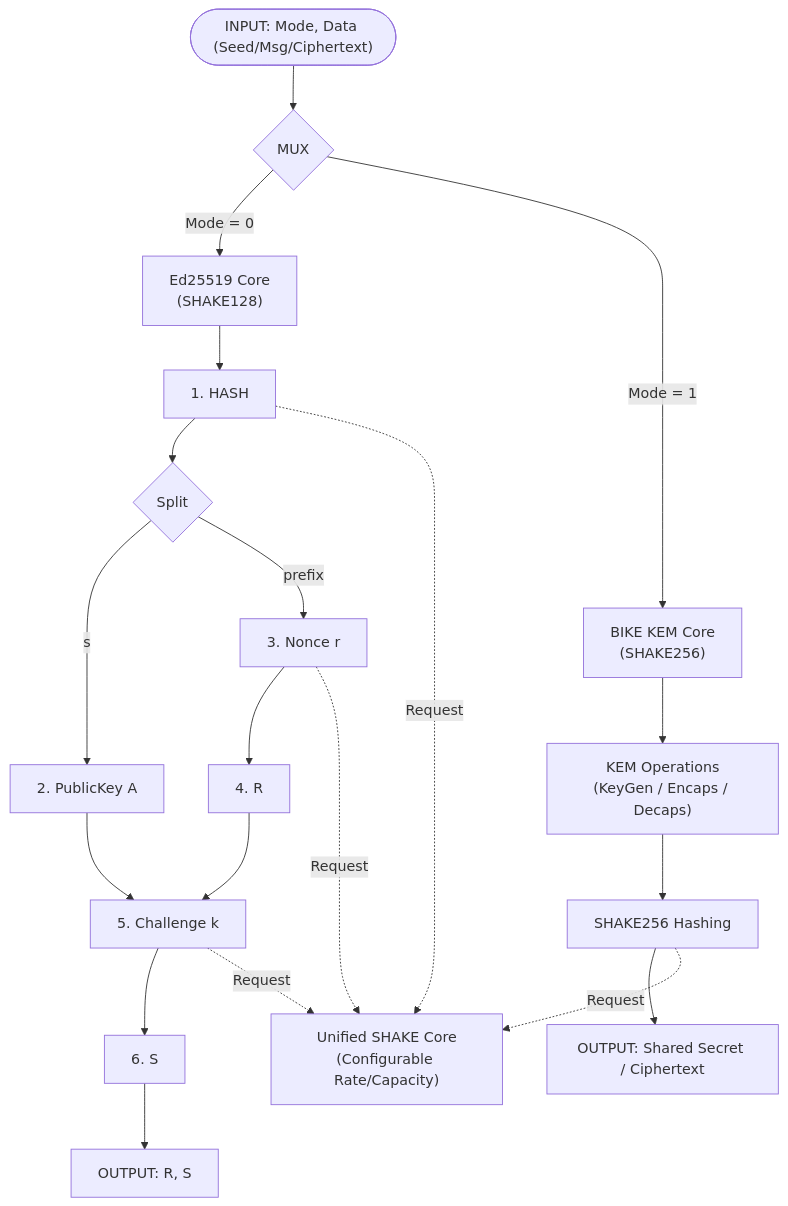
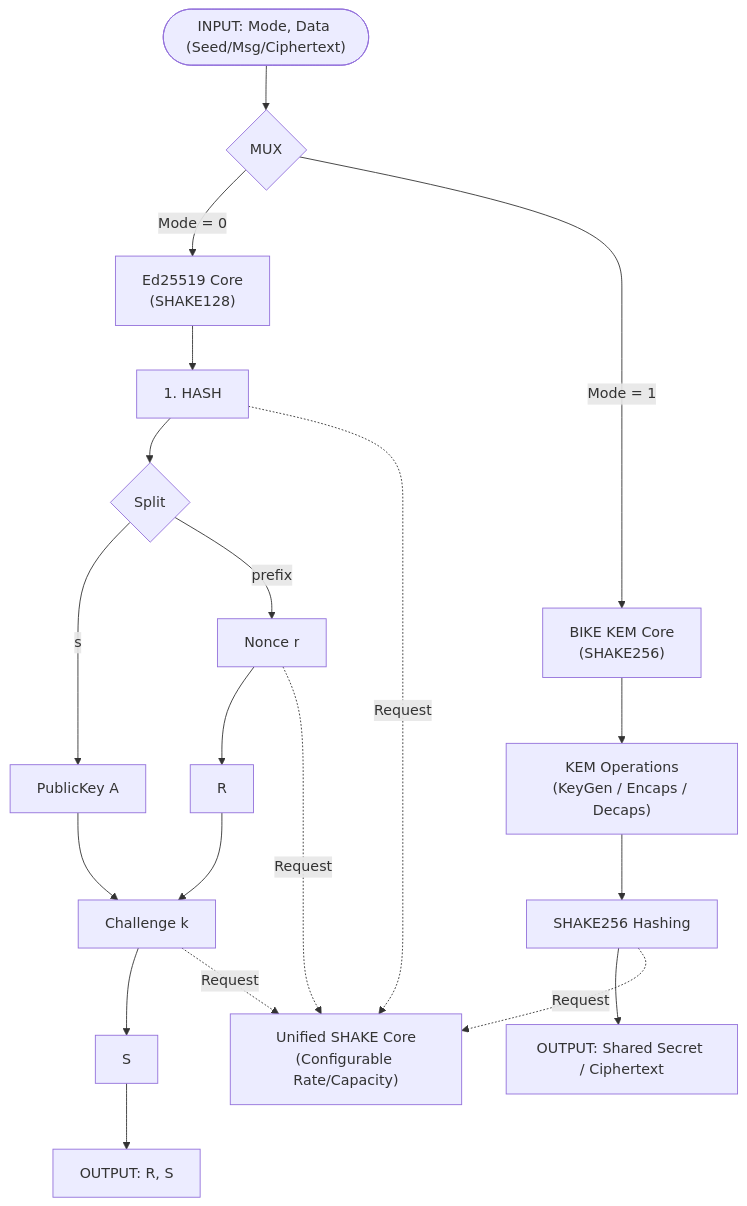
One commit to BAT-LAB69/CRYPTO_SOC changed the diagram in README.md. Above: the diagram before and after it, drawn with Mermaid.

````diff
--- a/README.md
+++ b/README.md
@@ -2,32 +2,32 @@
 ```mermaid
 flowchart TD
     %% System Input
     Input(["INPUT: Mode, Data (Seed/Msg/Ciphertext)"]) --> Mux{"MUX"}
 
     %% Mode Selection
-    Mux -->|Mode = 0| EdFlow["Ed25519 Core\n(SHAKE128)"]
-    Mux -->|Mode = 1| KEMFlow["BIKE KEM Core\n(SHAKE256)"]
+    Mux -->|Mode = 0| EdFlow["Ed25519 Core <br>(SHAKE128)"]
+    Mux -->|Mode = 1| KEMFlow["BIKE KEM Core <br> (SHAKE256)"]
 
     %% Ed25519 Detailed Flow
     EdFlow --> HashSeed["1. HASH"]
     HashSeed --> Split{Split}
-    Split -->|s| GenPub["2. PublicKey A"]
-    Split -->|prefix| HashNonce["3. Nonce r"]
-    GenPub --> HashChal["5. Challenge k"]
-    HashNonce --> GenR["4. R"]
+    Split -->|s| GenPub["PublicKey A"]
+    Split -->|prefix| HashNonce["Nonce r"]
+    GenPub --> HashChal["Challenge k"]
+    HashNonce --> GenR["R"]
     GenR --> HashChal
-    HashChal --> CalcS["6. S"]
+    HashChal --> CalcS["S"]
     CalcS --> EdOut["OUTPUT: R, S"]
 
     %% KEM Detailed Flow (Placeholder)
     KEMFlow --> KEMOp["KEM Operations\n(KeyGen / Encaps / Decaps)"]
     KEMOp --> KEMHash["SHAKE256 Hashing"]
     KEMHash --> KEMOut["OUTPUT: Shared Secret / Ciphertext"]
 
     %% Unified Keccak Core
     HashSeed -.->|Request| ShakeCore["Unified SHAKE Core\n(Configurable Rate/Capacity)"]
     HashNonce -.->|Request| ShakeCore
     HashChal -.->|Request| ShakeCore
     KEMHash -.->|Request| ShakeCore
 
 ```
````
